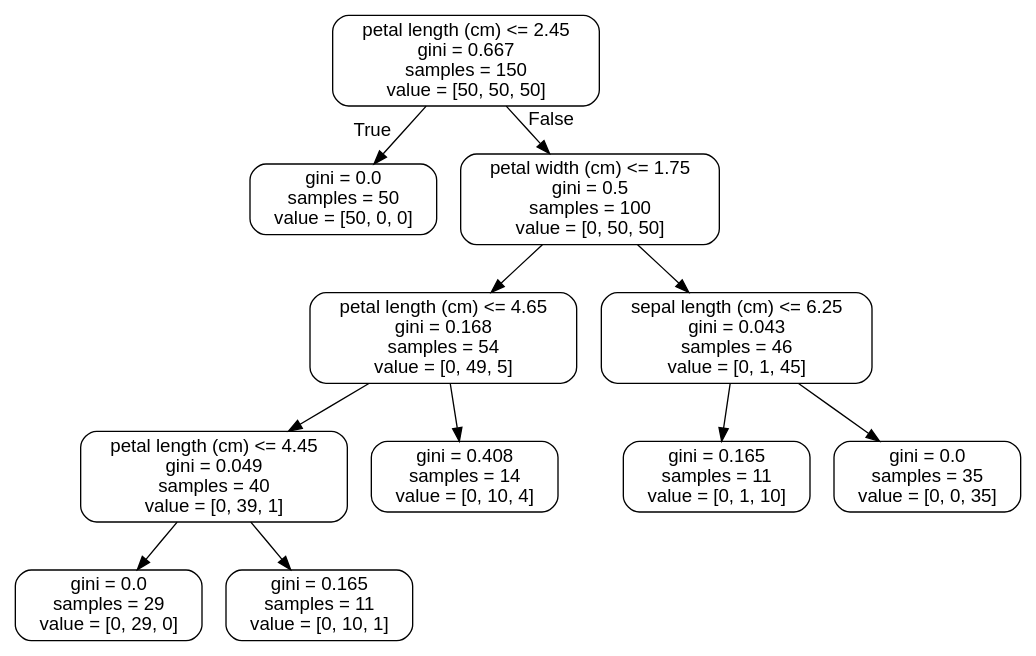
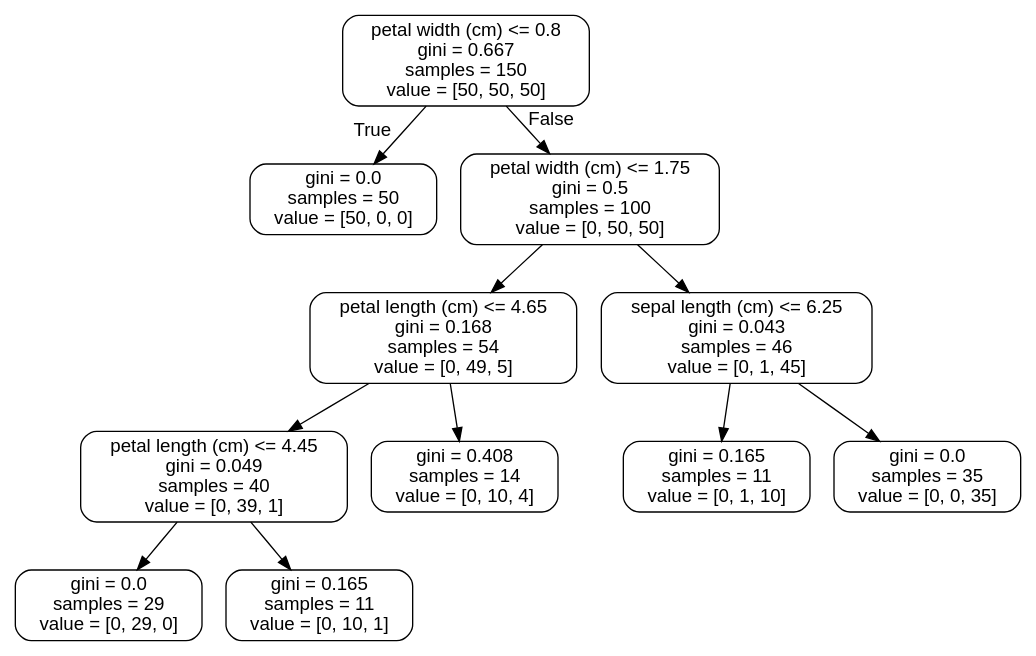
One commit to RamrajCh/COMP484-MachineLearning changed the diagram in Assign2/decision.dot. Above: the diagram before and after it, drawn with Graphviz. The commit also changed 3 other files, not shown here.

```diff
--- a/Assign2/decision.dot
+++ b/Assign2/decision.dot
@@ -1,25 +1,25 @@
 digraph Tree {
 node [shape=box, style="rounded", color="black", fontname="helvetica"] ;
 edge [fontname="helvetica"] ;
-0 [label="petal length (cm) <= 2.45\ngini = 0.667\nsamples = 150\nvalue = [50, 50, 50]"] ;
+0 [label="petal width (cm) <= 0.8\ngini = 0.667\nsamples = 150\nvalue = [50, 50, 50]"] ;
 1 [label="gini = 0.0\nsamples = 50\nvalue = [50, 0, 0]"] ;
 0 -> 1 [labeldistance=2.5, labelangle=45, headlabel="True"] ;
 2 [label="petal width (cm) <= 1.75\ngini = 0.5\nsamples = 100\nvalue = [0, 50, 50]"] ;
 0 -> 2 [labeldistance=2.5, labelangle=-45, headlabel="False"] ;
 3 [label="petal length (cm) <= 4.65\ngini = 0.168\nsamples = 54\nvalue = [0, 49, 5]"] ;
 2 -> 3 ;
 4 [label="petal length (cm) <= 4.45\ngini = 0.049\nsamples = 40\nvalue = [0, 39, 1]"] ;
 3 -> 4 ;
 5 [label="gini = 0.0\nsamples = 29\nvalue = [0, 29, 0]"] ;
 4 -> 5 ;
 6 [label="gini = 0.165\nsamples = 11\nvalue = [0, 10, 1]"] ;
 4 -> 6 ;
 7 [label="gini = 0.408\nsamples = 14\nvalue = [0, 10, 4]"] ;
 3 -> 7 ;
 8 [label="sepal length (cm) <= 6.25\ngini = 0.043\nsamples = 46\nvalue = [0, 1, 45]"] ;
 2 -> 8 ;
 9 [label="gini = 0.165\nsamples = 11\nvalue = [0, 1, 10]"] ;
 8 -> 9 ;
 10 [label="gini = 0.0\nsamples = 35\nvalue = [0, 0, 35]"] ;
 8 -> 10 ;
 }
```
